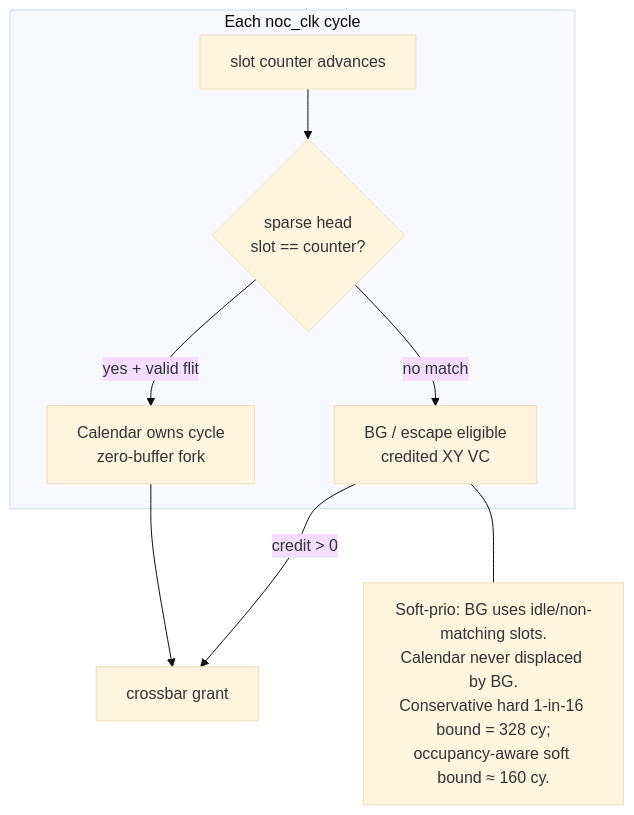
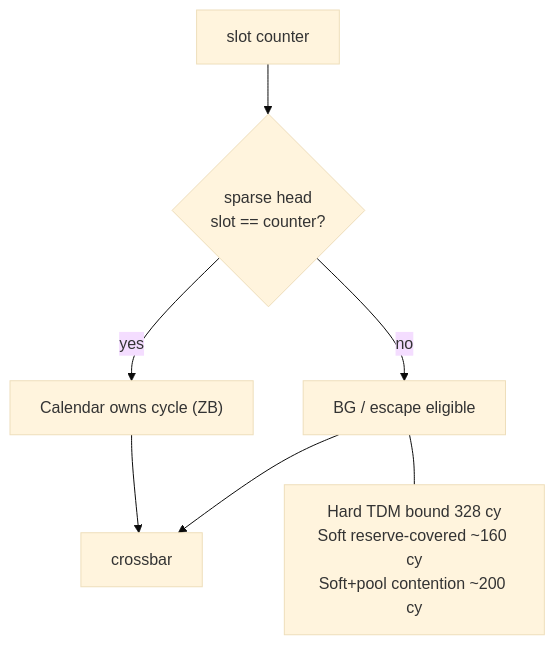
The fourth of 5 diagrams in docs/phase-2-architecture/architecture-diagram.md (lukebest/booksim2), drawn with Mermaid (base theme) before and after one commit. The commit also changed other lines of this file and 30 other files, not shown here.

````diff
--- a/docs/phase-2-architecture/architecture-diagram.md
+++ b/docs/phase-2-architecture/architecture-diagram.md
@@ -76,16 +94,10 @@
 ```mermaid
 flowchart TB
-  subgraph cycle["Each noc_clk cycle"]
-    CTR["slot counter advances"]
-    MATCH{"sparse head<br/>slot == counter?"}
-    CAL["Calendar owns cycle<br/>zero-buffer fork"]
-    BG["BG / escape eligible<br/>credited XY VC"]
-  end
-  CTR --> MATCH
-  MATCH -->|yes + valid flit| CAL
-  MATCH -->|no match| BG
-  CAL --> XBAR["crossbar grant"]
-  BG -->|"credit > 0"| XBAR
-  note2["Soft-prio: BG uses idle/non-matching slots.<br/>Calendar never displaced by BG.<br/>Conservative hard 1-in-16 bound = 328 cy;<br/>occupancy-aware soft bound ≈ 160 cy."]
-  BG --- note2
+  CTR["slot counter"] --> MATCH{"sparse head<br/>slot == counter?"}
+  MATCH -->|yes| CAL["Calendar owns cycle (ZB)"]
+  MATCH -->|no| BG["BG / escape eligible"]
+  CAL --> XBAR["crossbar"]
+  BG --> XBAR
+  note["Hard TDM bound 328 cy<br/>Soft reserve-covered ~160 cy<br/>Soft+pool contention ~200 cy"]
+  BG --- note
 ```
````
